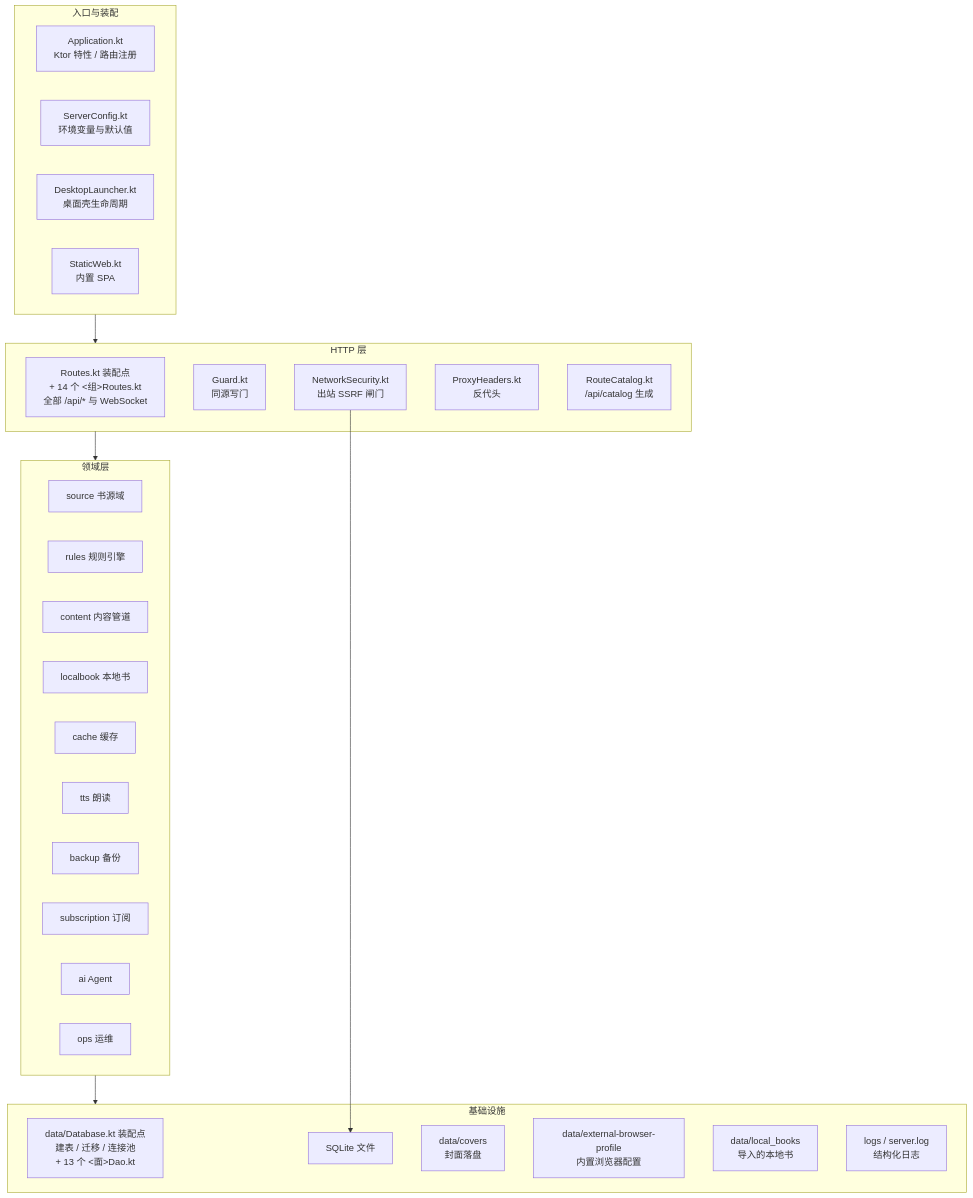
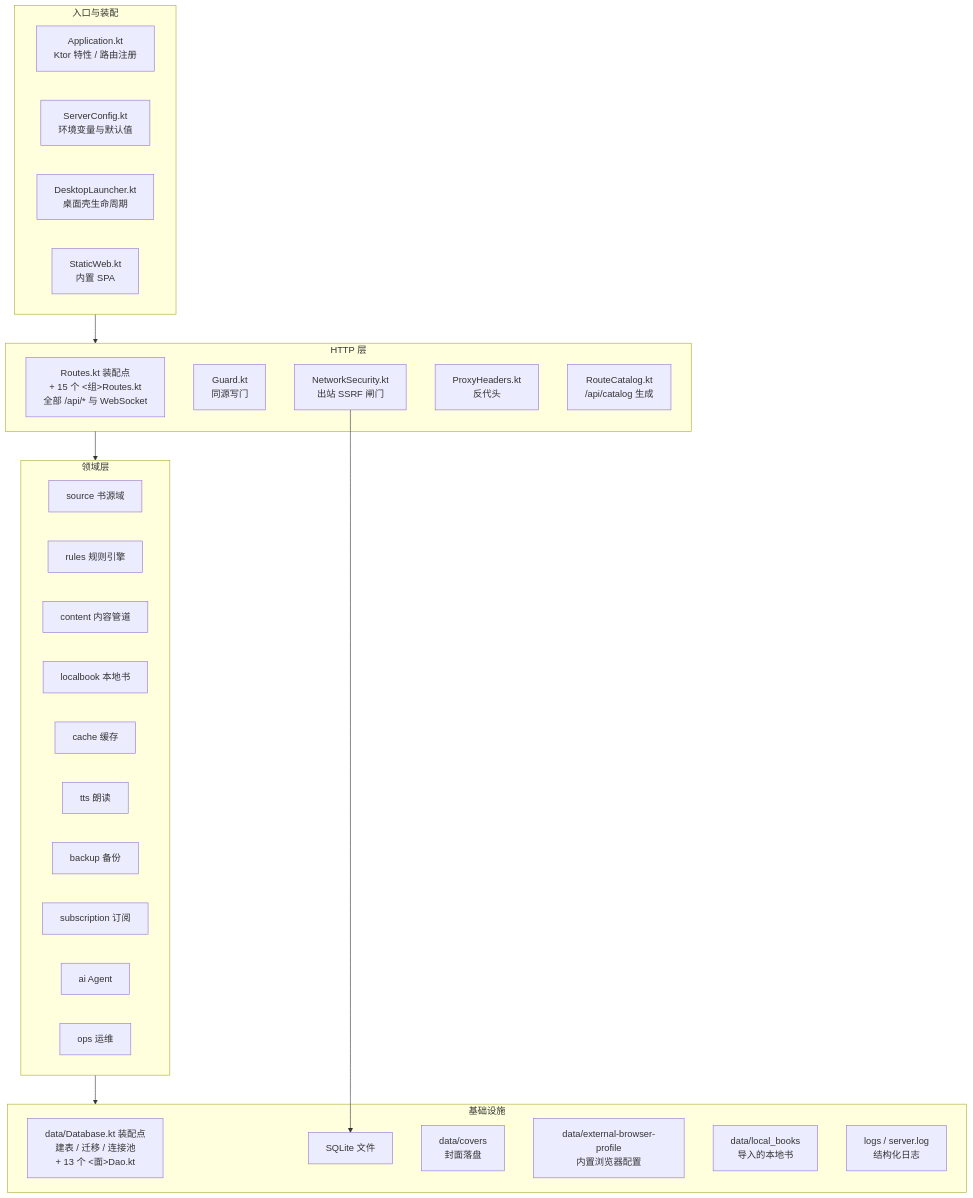
One commit to linqinqiu/legadoQ changed the second of 6 diagrams in docs/ARCHITECTURE.md. Above: the diagram before and after it, drawn with Mermaid. The commit also changed other lines of this file and 11 other files, not shown here.

````diff
--- a/docs/ARCHITECTURE.md
+++ b/docs/ARCHITECTURE.md
@@ -81,44 +81,44 @@
 ```mermaid
 flowchart TB
     subgraph L1["入口与装配"]
         A1["Application.kt<br/>Ktor 特性 / 路由注册"]
         A2["ServerConfig.kt<br/>环境变量与默认值"]
         A3["DesktopLauncher.kt<br/>桌面壳生命周期"]
         A4["StaticWeb.kt<br/>内置 SPA"]
     end
 
     subgraph L2["HTTP 层"]
-        B1["Routes.kt 装配点<br/>+ 14 个 <组>Routes.kt<br/>全部 /api/* 与 WebSocket"]
+        B1["Routes.kt 装配点<br/>+ 15 个 <组>Routes.kt<br/>全部 /api/* 与 WebSocket"]
         B2["Guard.kt<br/>同源写门"]
         B3["NetworkSecurity.kt<br/>出站 SSRF 闸门"]
         B4["ProxyHeaders.kt<br/>反代头"]
         B5["RouteCatalog.kt<br/>/api/catalog 生成"]
     end
 
     subgraph L3["领域层"]
         C1["source 书源域"]
         C2["rules 规则引擎"]
         C3["content 内容管道"]
         C4["localbook 本地书"]
         C5["cache 缓存"]
         C6["tts 朗读"]
         C7["backup 备份"]
         C8["subscription 订阅"]
         C9["ai Agent"]
         C10["ops 运维"]
     end
 
     subgraph L4["基础设施"]
         D1["data/Database.kt 装配点<br/>建表 / 迁移 / 连接池<br/>+ 13 个 <面>Dao.kt"]
         D2["SQLite 文件"]
         D3["data/covers<br/>封面落盘"]
         D4["data/external-browser-profile<br/>内置浏览器配置"]
         D5["data/local_books<br/>导入的本地书"]
         D6["logs / server.log<br/>结构化日志"]
     end
 
     L1 --> L2
     L2 --> L3
     L3 --> L4
     B3 --> D2
 ```
````
